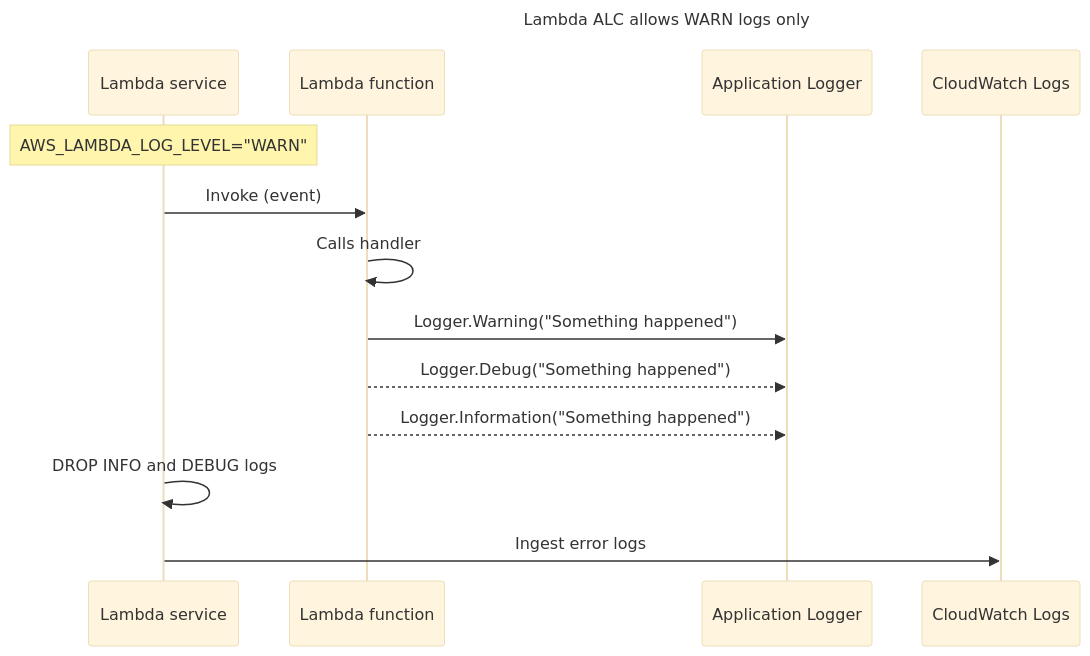
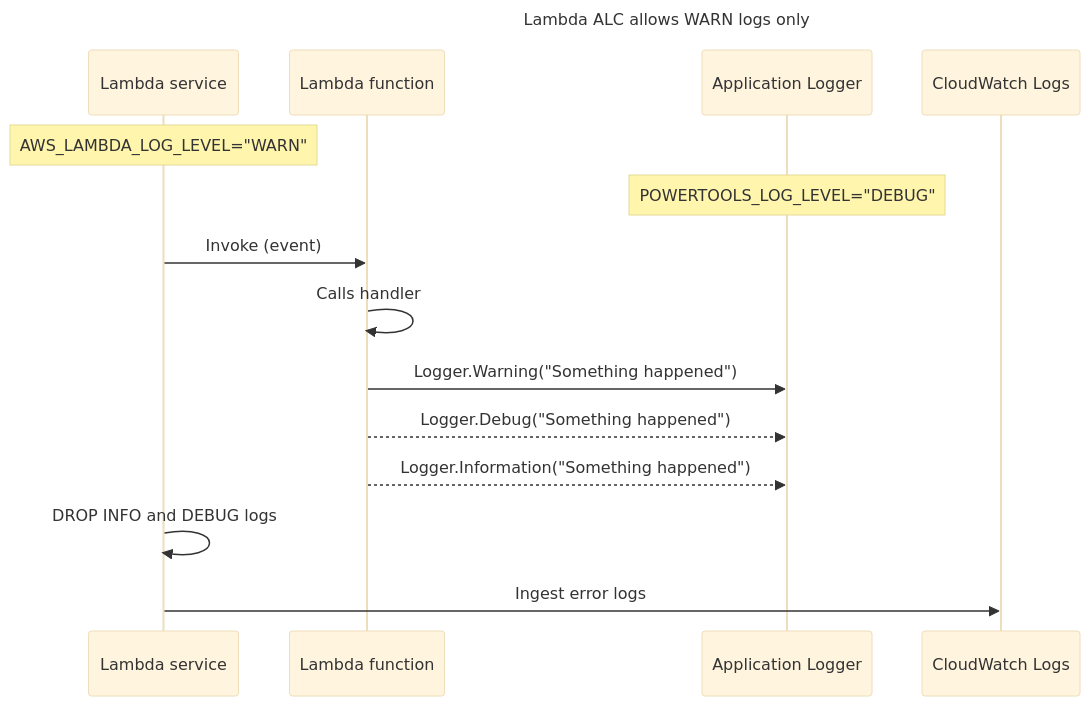
One commit to aws-powertools/powertools-lambda-dotnet changed the diagram in docs/core/logging.md. Above: the diagram before and after it, drawn with Mermaid (base theme). The commit also changed other lines of this file, not shown here.

````diff
--- a/docs/core/logging.md
+++ b/docs/core/logging.md
@@ -83,18 +88,19 @@
 ```mermaid
 sequenceDiagram
     title Lambda ALC allows WARN logs only
     participant Lambda service
     participant Lambda function
     participant Application Logger
     
     Note over Lambda service: AWS_LAMBDA_LOG_LEVEL="WARN"
+    Note over Application Logger: POWERTOOLS_LOG_LEVEL="DEBUG"
     Lambda service->>Lambda function: Invoke (event)
     Lambda function->>Lambda function: Calls handler
     Lambda function->>Application Logger: Logger.Warning("Something happened")
     Lambda function-->>Application Logger: Logger.Debug("Something happened")
     Lambda function-->>Application Logger: Logger.Information("Something happened")
     
     Lambda service->>Lambda service: DROP INFO and DEBUG logs
 
     Lambda service->>CloudWatch Logs: Ingest error logs
 ```
````
